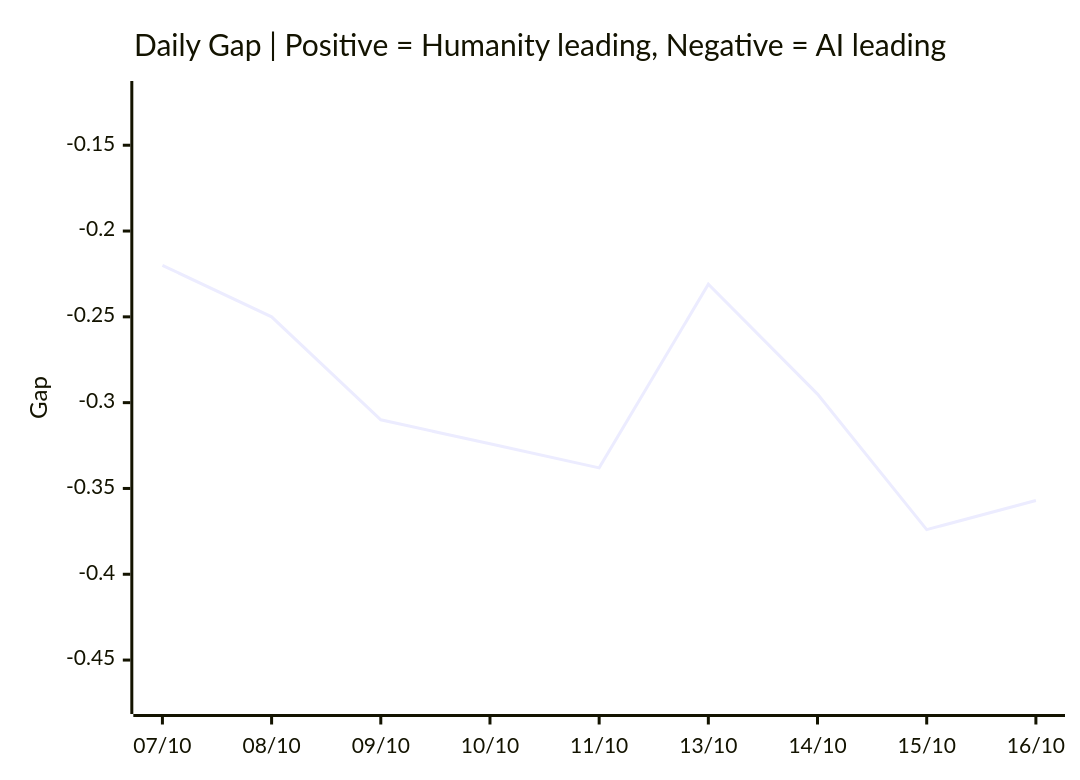
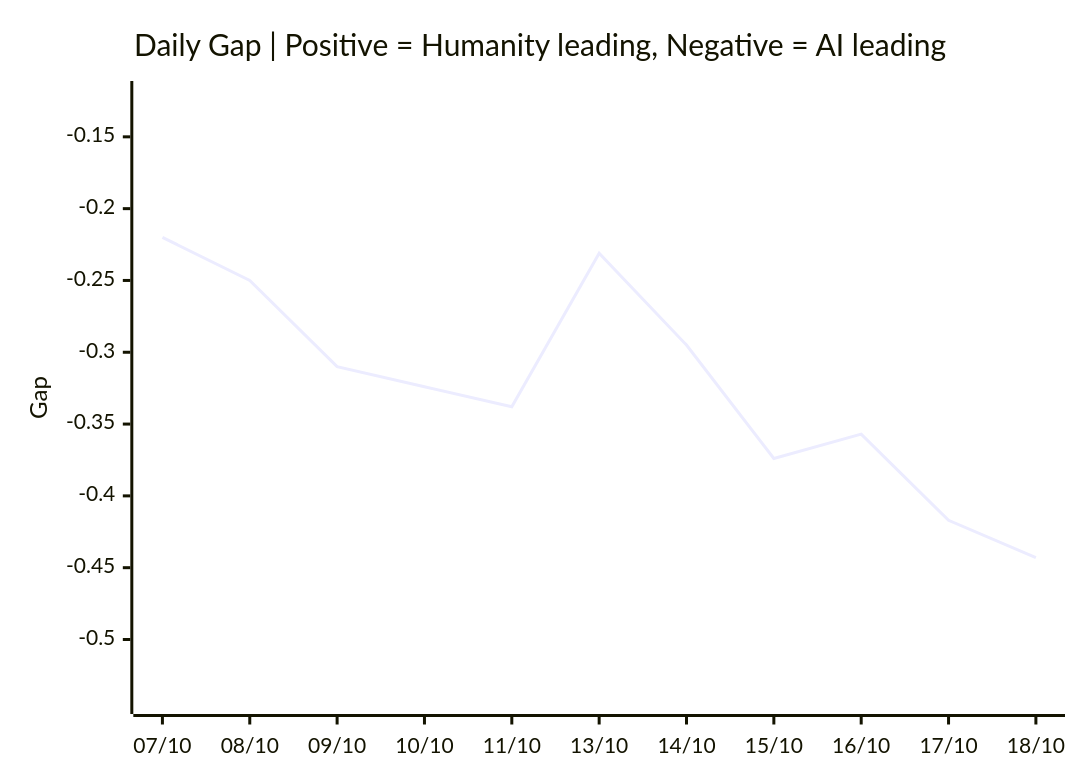
The third of 3 diagrams in README.md (VQQLK/Human-AI-Monitor), drawn with Mermaid before and after one commit. The commit also changed other lines of this file and 10 other files, not shown here.

````diff
--- a/README.md
+++ b/README.md
@@ -55,7 +55,7 @@
 ```mermaid
 xychart-beta
     title "Daily Gap | Positive = Humanity leading, Negative = AI leading"
-    x-axis ["07/10", "08/10", "09/10", "10/10", "11/10", "13/10", "14/10", "15/10", "16/10"]
-    y-axis "Gap" -0.474 --> -0.120
-    line [-0.220, -0.250, -0.310, -0.324, -0.338, -0.231, -0.295, -0.374, -0.357]
+    x-axis ["07/10", "08/10", "09/10", "10/10", "11/10", "13/10", "14/10", "15/10", "16/10", "17/10", "18/10"]
+    y-axis "Gap" -0.543 --> -0.120
+    line [-0.220, -0.250, -0.310, -0.324, -0.338, -0.231, -0.295, -0.374, -0.357, -0.417, -0.443]
 ```
````
